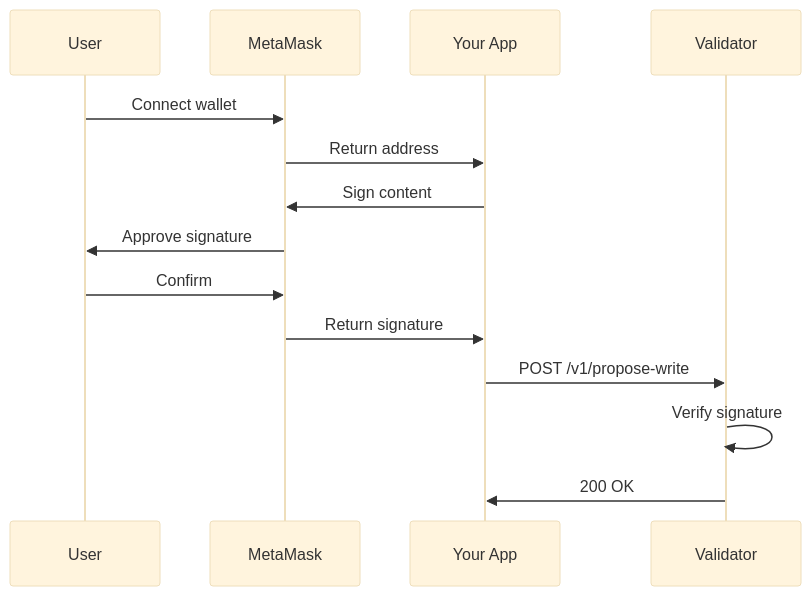
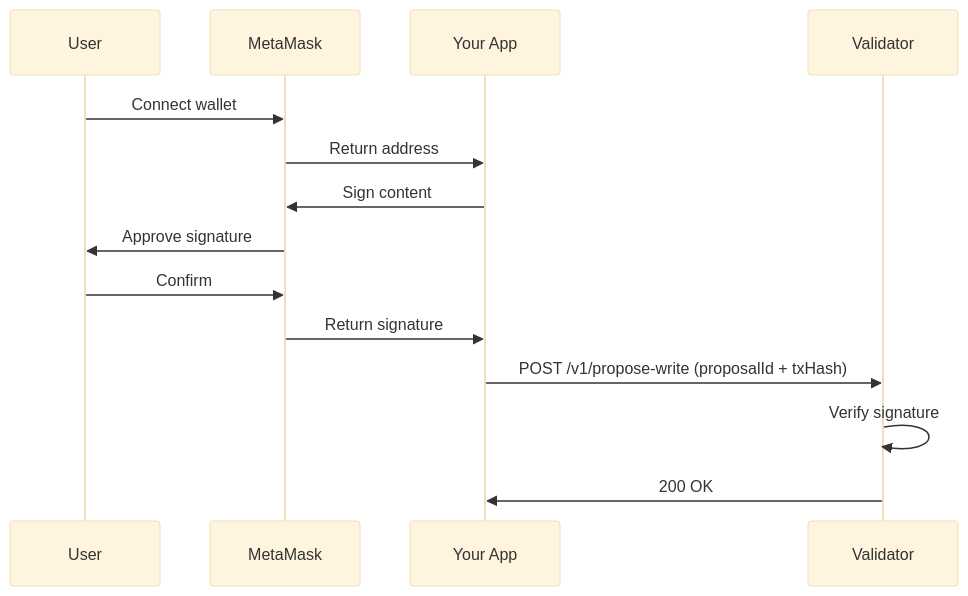
The diagram in guide/auth.md (somarc/oak-chain-docs), drawn with Mermaid (base theme) before and after one commit. The commit also changed other lines of this file and 13 other files, not shown here.

````diff
--- a/guide/auth.md
+++ b/guide/auth.md
@@ -26,17 +26,17 @@
 ```mermaid
 sequenceDiagram
     participant U as User
     participant MM as MetaMask
     participant App as Your App
     participant V as Validator
     
     U->>MM: Connect wallet
     MM->>App: Return address
     App->>MM: Sign content
     MM->>U: Approve signature
     U->>MM: Confirm
     MM->>App: Return signature
-    App->>V: POST /v1/propose-write
+    App->>V: POST /v1/propose-write (proposalId + txHash)
     V->>V: Verify signature
     V->>App: 200 OK
 ```
````
